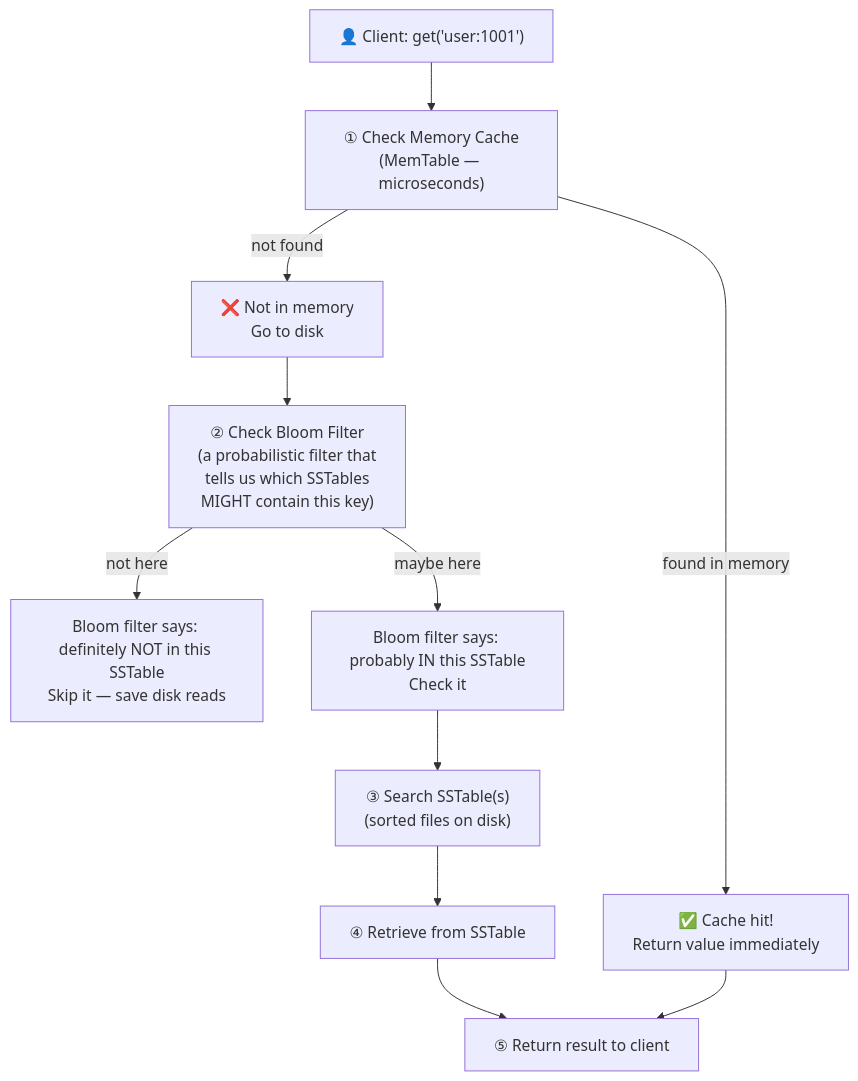
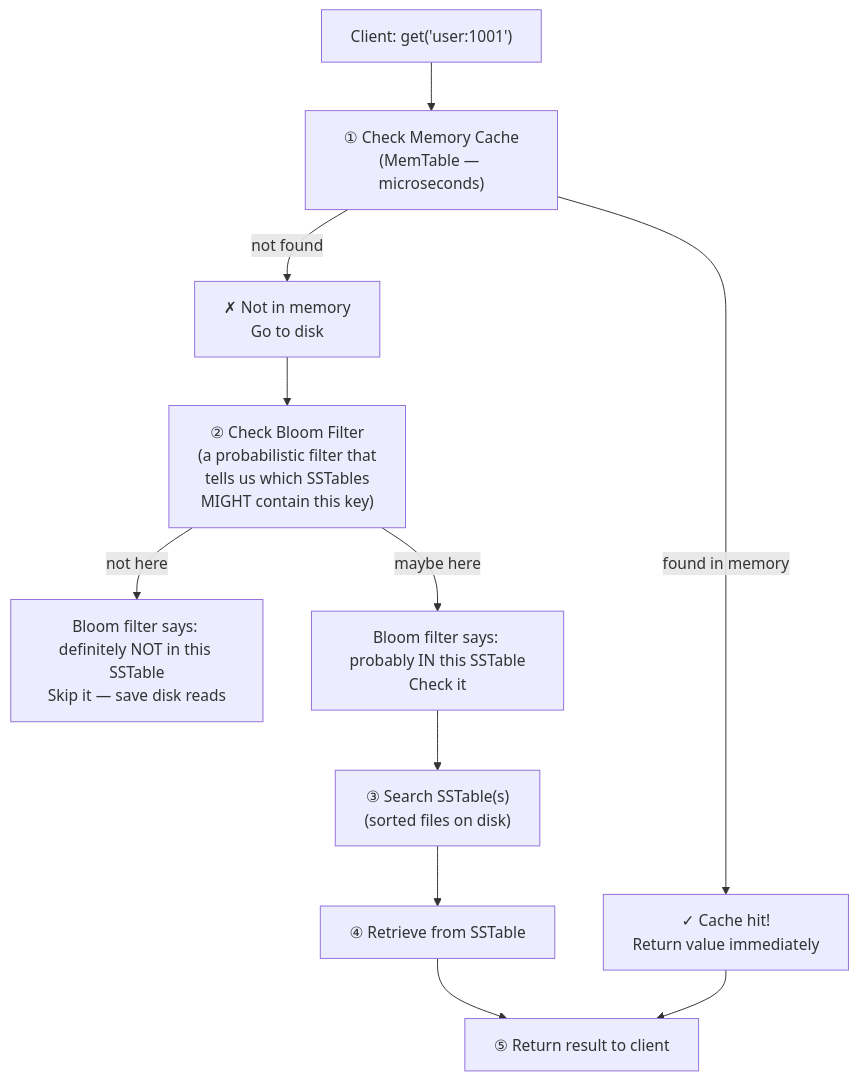
One commit to devops-monk/system-design-blog changed diagram 20 of 22 in content/posts/2026/design-a-key-value-store.md. Above: the diagram before and after it, drawn with Mermaid. The commit also changed other lines of this file and 5 other files, not shown here.

````diff
--- a/content/posts/2026/design-a-key-value-store.md
+++ b/content/posts/2026/design-a-key-value-store.md
@@ -692,28 +657,28 @@
 ```mermaid
 flowchart TD
-    CLIENT["👤 Client: get('user:1001')"]
+    CLIENT["Client: get('user:1001')"]
 
     STEP1["① Check Memory Cache\n(MemTable — microseconds)"]
-    HIT["✅ Cache hit!\nReturn value immediately"]
-    MISS["❌ Not in memory\nGo to disk"]
+    HIT["✓ Cache hit!\nReturn value immediately"]
+    MISS["✗ Not in memory\nGo to disk"]
 
     STEP2["② Check Bloom Filter\n(a probabilistic filter that\ntells us which SSTables\nMIGHT contain this key)"]
     BLOOM_NO["Bloom filter says: definitely NOT in this SSTable\nSkip it — save disk reads"]
     BLOOM_YES["Bloom filter says: probably IN this SSTable\nCheck it"]
 
     STEP3["③ Search SSTable(s)\n(sorted files on disk)"]
 
     STEP4["④ Retrieve from SSTable"]
 
     STEP5["⑤ Return result to client"]
 
     CLIENT --> STEP1
     STEP1 -->|"found in memory"| HIT
     STEP1 -->|"not found"| MISS
     MISS --> STEP2
     STEP2 -->|"not here"| BLOOM_NO
     STEP2 -->|"maybe here"| BLOOM_YES
     BLOOM_YES --> STEP3
     STEP3 --> STEP4 --> STEP5
     HIT --> STEP5
 ```
````
